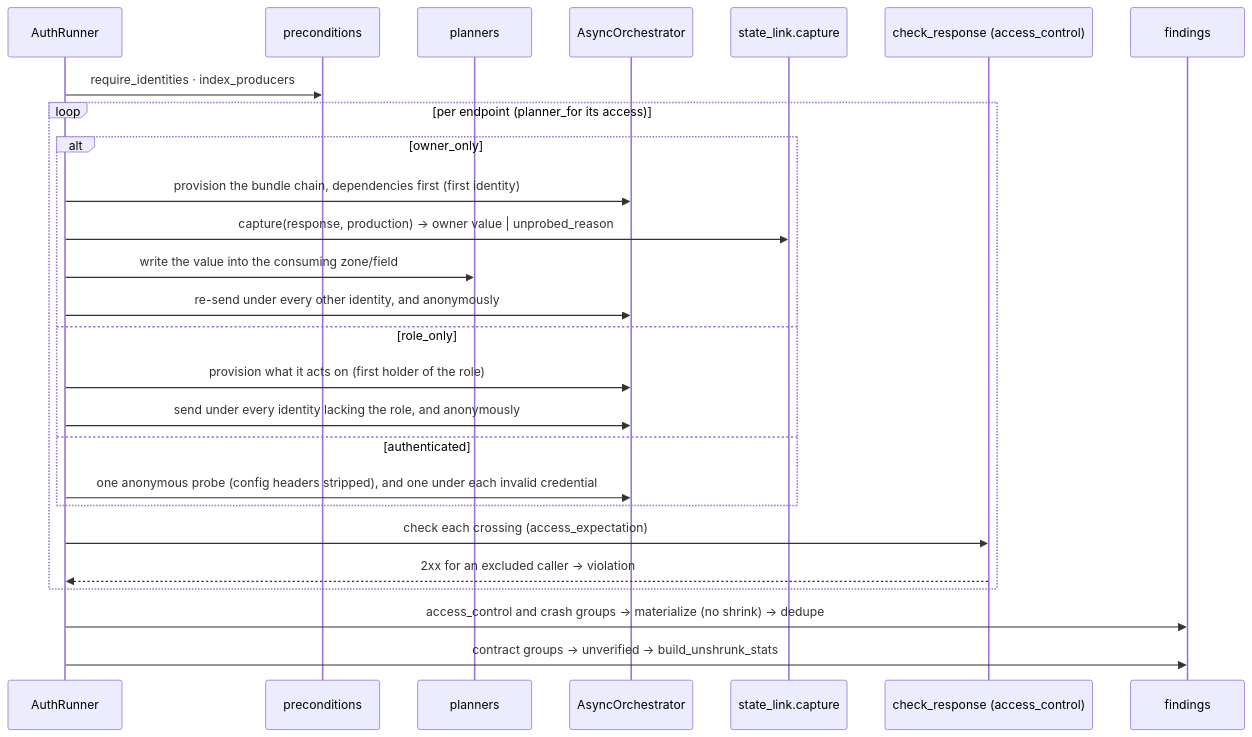
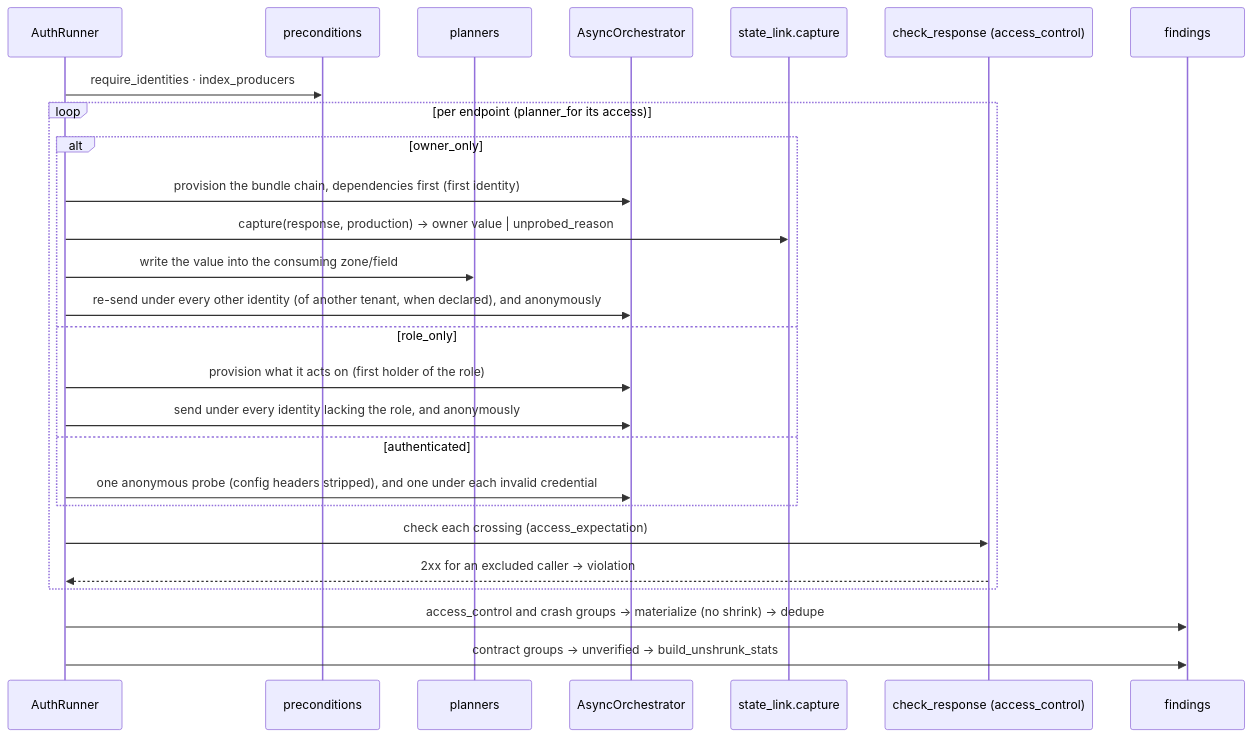
Before and after one commit to Spec-Forge-Testing/specforge-docs: the sixth of 6 diagrams in docs/modules/specforge-engine/execution-modes.md, drawn with Mermaid. The commit also changed other lines of this file and 36 other files, not shown here.

````diff
--- a/docs/modules/specforge-engine/execution-modes.md
+++ b/docs/modules/specforge-engine/execution-modes.md
@@ -734,29 +764,29 @@
 ```mermaid
 sequenceDiagram
     participant AR as AuthRunner
     participant Pre as preconditions
     participant Pl as planners
     participant Orch as AsyncOrchestrator
     participant Cap as state_link.capture
     participant Or as check_response (access_control)
     participant Fnd as findings
 
     AR->>Pre: require_identities · index_producers
     loop per endpoint (planner_for its access)
         alt owner_only
             AR->>Orch: provision the bundle chain, dependencies first (first identity)
             AR->>Cap: capture(response, production) → owner value | unprobed_reason
             AR->>Pl: write the value into the consuming zone/field
-            AR->>Orch: re-send under every other identity, and anonymously
+            AR->>Orch: re-send under every other identity (of another tenant, when declared), and anonymously
         else role_only
             AR->>Orch: provision what it acts on (first holder of the role)
             AR->>Orch: send under every identity lacking the role, and anonymously
         else authenticated
             AR->>Orch: one anonymous probe (config headers stripped), and one under each invalid credential
         end
         AR->>Or: check each crossing (access_expectation)
         Or-->>AR: 2xx for an excluded caller → violation
     end
     AR->>Fnd: access_control and crash groups → materialize (no shrink) → dedupe
     AR->>Fnd: contract groups → unverified → build_unshrunk_stats
 ```
````
